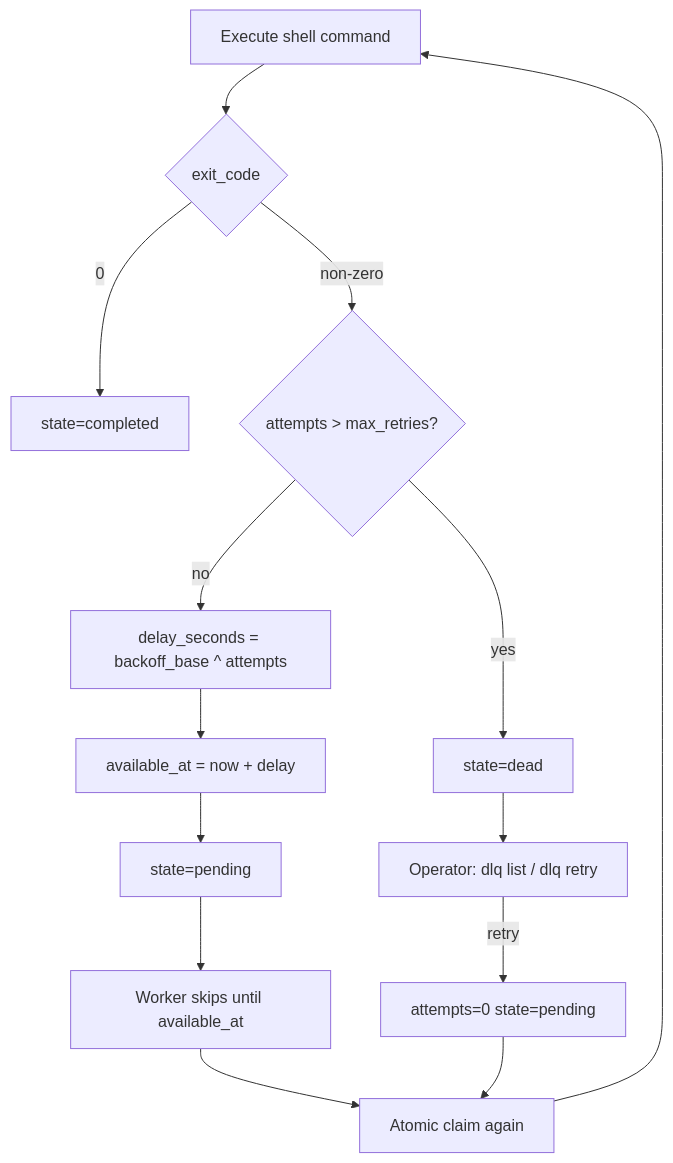
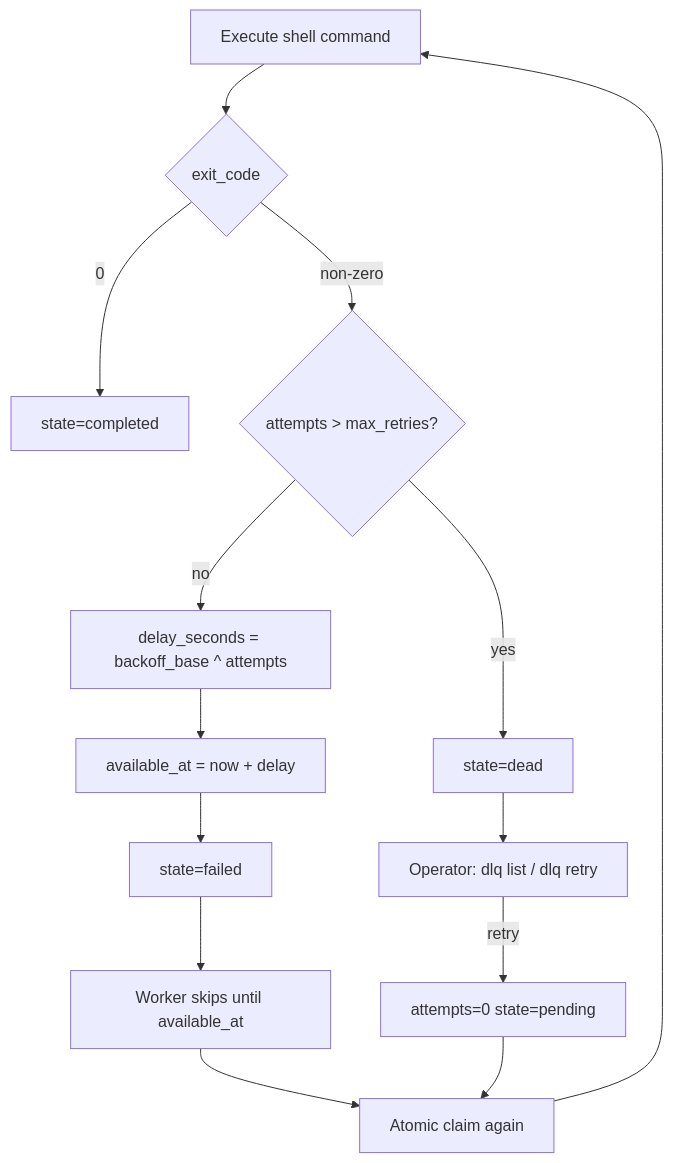
Before and after one commit to tejash05/queuectl: the eighth of 10 diagrams in docs/architecture.md, drawn with Mermaid. The commit also changed other lines of this file and 25 other files, not shown here.

````diff
--- a/docs/architecture.md
+++ b/docs/architecture.md
@@ -260,18 +282,18 @@
 ```mermaid
 flowchart TB
   Exec[Execute shell command] --> Exit{exit_code}
   Exit -->|0| Done[state=completed]
   Exit -->|non-zero| Cmp{attempts > max_retries?}
 
   Cmp -->|no| Calc["delay_seconds = backoff_base ^ attempts"]
   Calc --> Avail["available_at = now + delay"]
-  Avail --> Pend[state=pending]
-  Pend --> Wait[Worker skips until available_at]
+  Avail --> Failed[state=failed]
+  Failed --> Wait[Worker skips until available_at]
   Wait --> ClaimAgain[Atomic claim again]
   ClaimAgain --> Exec
 
   Cmp -->|yes| DLQ[state=dead]
   DLQ --> Op[Operator: dlq list / dlq retry]
   Op -->|retry| Reset[attempts=0 state=pending]
   Reset --> ClaimAgain
 ```
````
